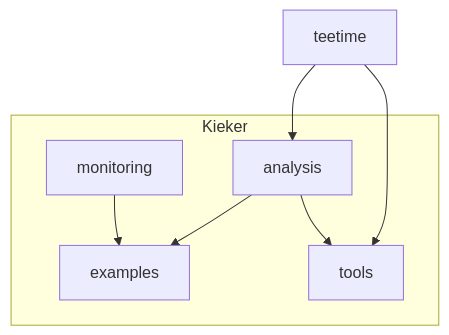
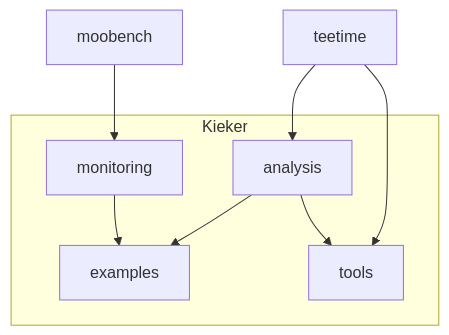
Before and after one commit to kieker-monitoring/.github: the diagram in README.md, drawn with Mermaid.

Commit message:
Add moobench

````diff
--- a/README.md
+++ b/README.md
@@ -10,11 +10,12 @@
 ```mermaid
 
 flowchart TB
     subgraph Kieker
     monitoring-->examples
     analysis-->tools
     analysis-->examples
     end
     teetime-->analysis
-    teetime-->tools    
+    teetime-->tools
+    moobench-->monitoring
 ```
````
